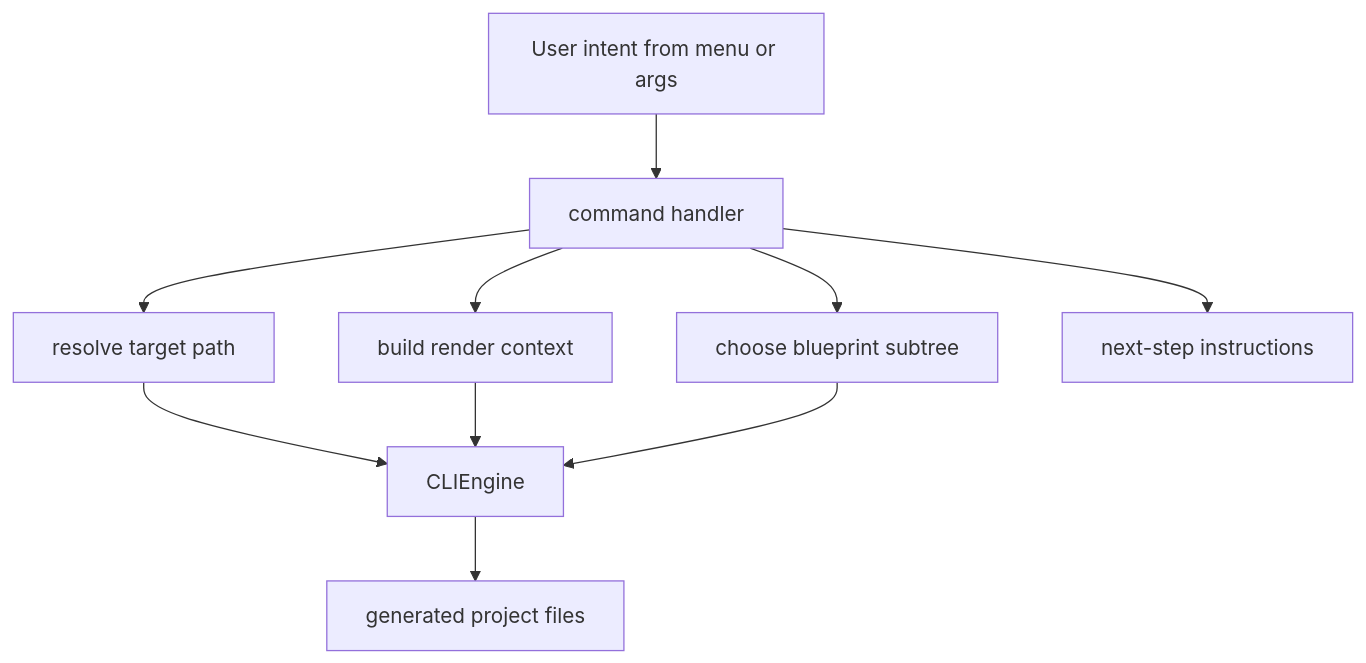
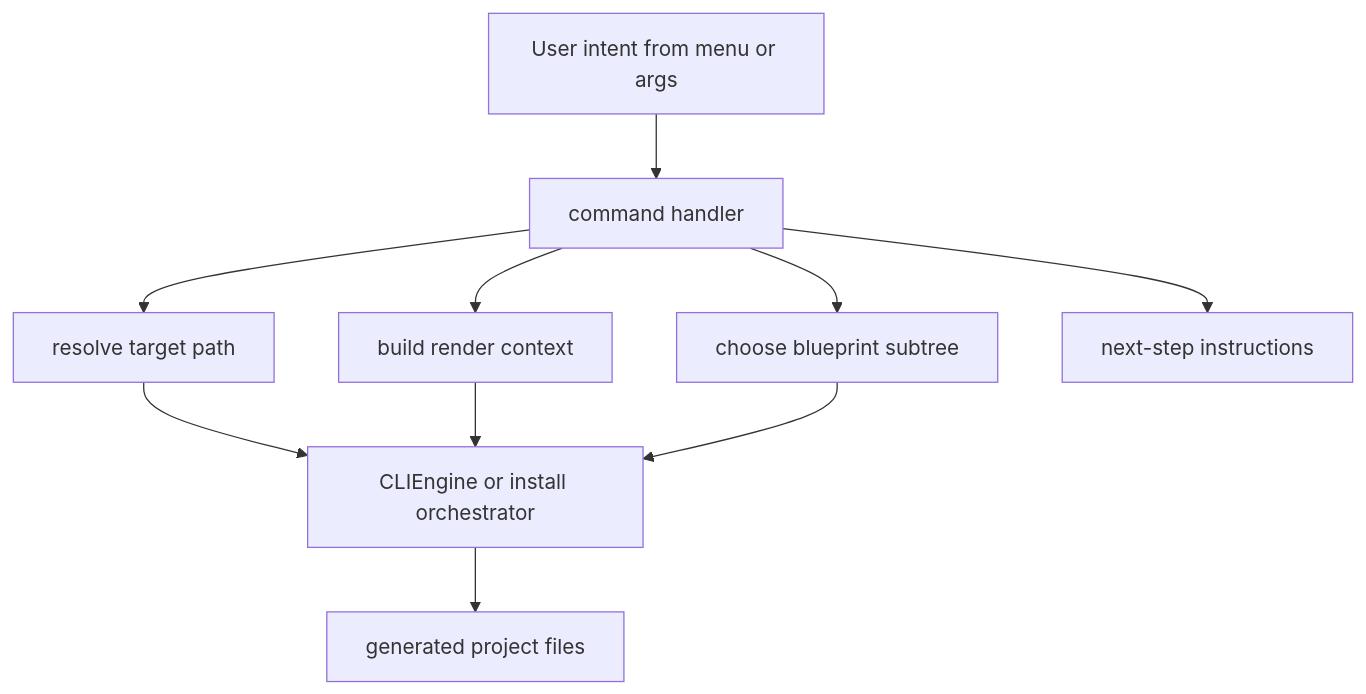
One commit to CodexDLC/codex-django-cli changed the diagram in docs/en/architecture/cli/commands.md. Above: the diagram before and after it, drawn with Mermaid. The commit also changed other lines of this file and 18 other files, not shown here.

````diff
--- a/docs/en/architecture/cli/commands.md
+++ b/docs/en/architecture/cli/commands.md
@@ -117,12 +108,12 @@
 ```mermaid
 flowchart TD
     A["User intent from menu or args"] --> B["command handler"]
     B --> C["resolve target path"]
     B --> D["build render context"]
     B --> E["choose blueprint subtree"]
-    C --> F["CLIEngine"]
+    C --> F["CLIEngine or install orchestrator"]
     D --> F
     E --> F
     F --> G["generated project files"]
     B --> H["next-step instructions"]
 ```
````
